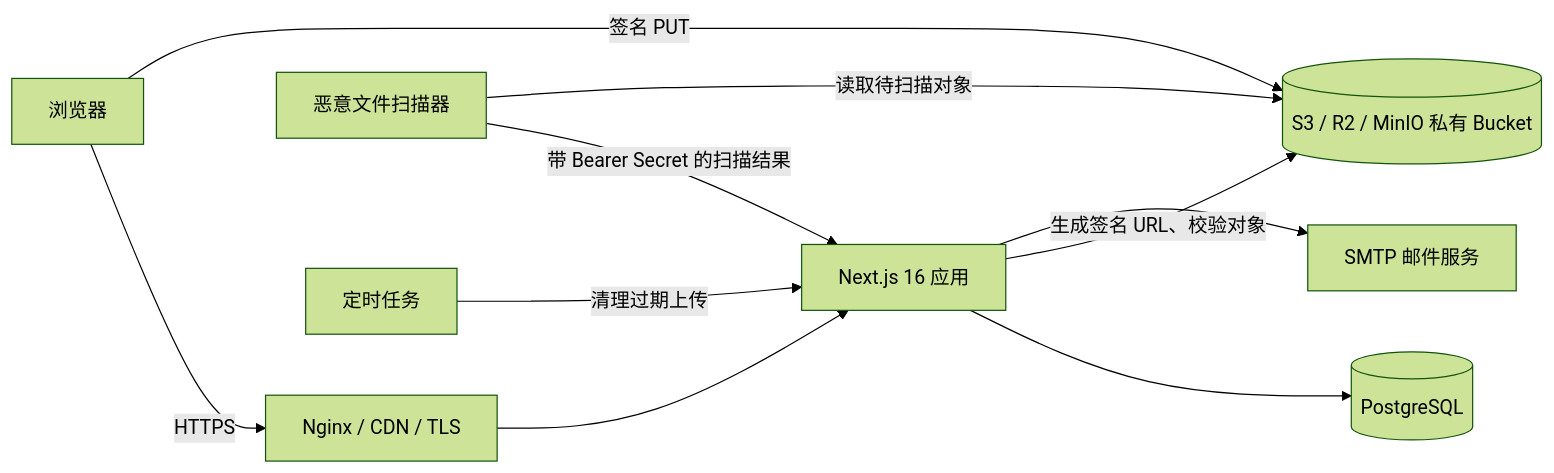
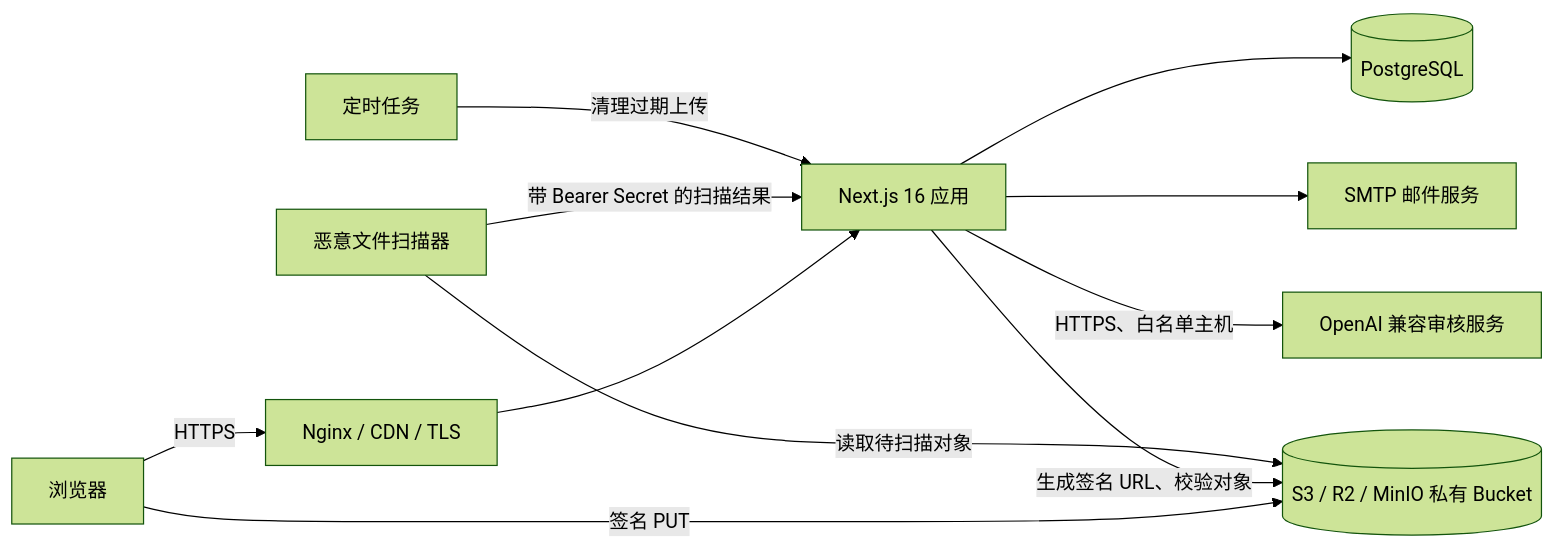
The diagram in docs/CAMPUSLINK_PROJECT_DELIVERY_GUIDE_ZH.md (xndxyy/campuslink), drawn with Mermaid (forest theme) before and after one commit. The commit also changed other lines of this file and 51 other files, not shown here.

````diff
--- a/docs/CAMPUSLINK_PROJECT_DELIVERY_GUIDE_ZH.md
+++ b/docs/CAMPUSLINK_PROJECT_DELIVERY_GUIDE_ZH.md
@@ -153,12 +162,13 @@
 ```mermaid
 flowchart LR
     Browser[浏览器] -->|HTTPS| Edge[Nginx / CDN / TLS]
     Edge --> Next[Next.js 16 应用]
     Next --> Postgres[(PostgreSQL)]
     Browser -->|签名 PUT| Storage[(S3 / R2 / MinIO 私有 Bucket)]
     Next -->|生成签名 URL、校验对象| Storage
     Next --> SMTP[SMTP 邮件服务]
+    Next -->|HTTPS、白名单主机| AI[OpenAI 兼容审核服务]
     Scanner[恶意文件扫描器] -->|带 Bearer Secret 的扫描结果| Next
     Scanner -->|读取待扫描对象| Storage
     Scheduler[定时任务] -->|清理过期上传| Next
 ```
````
